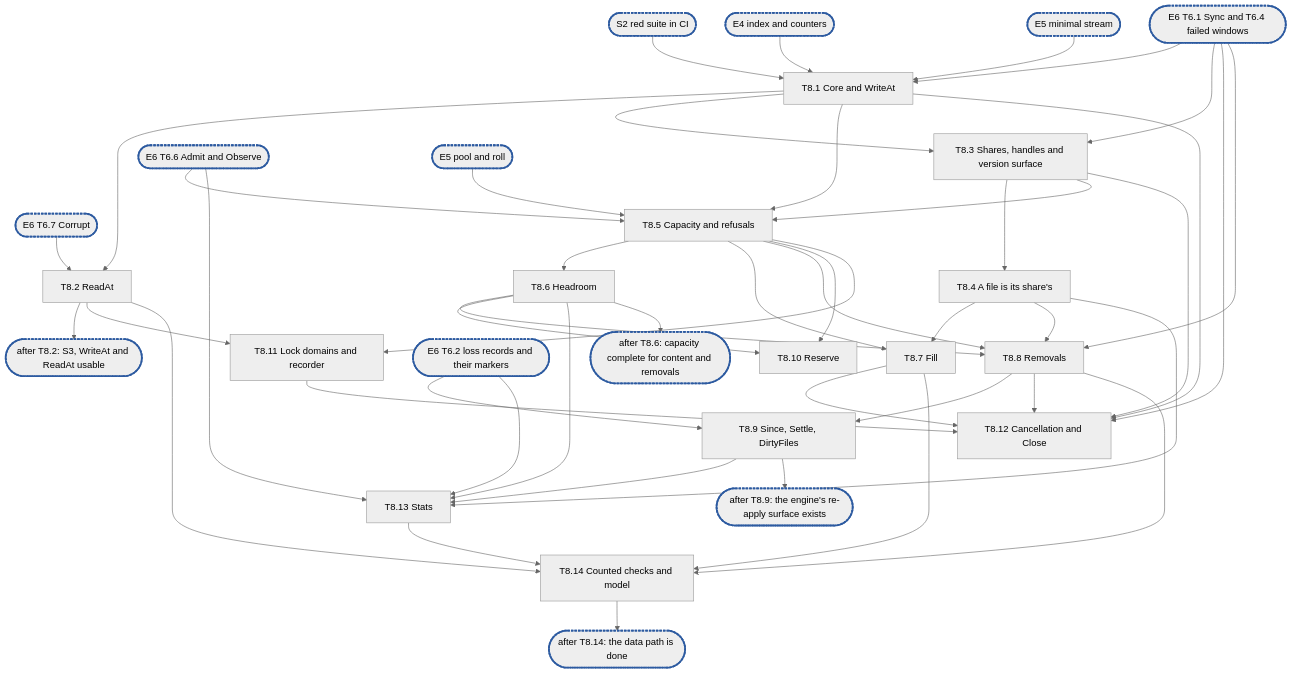
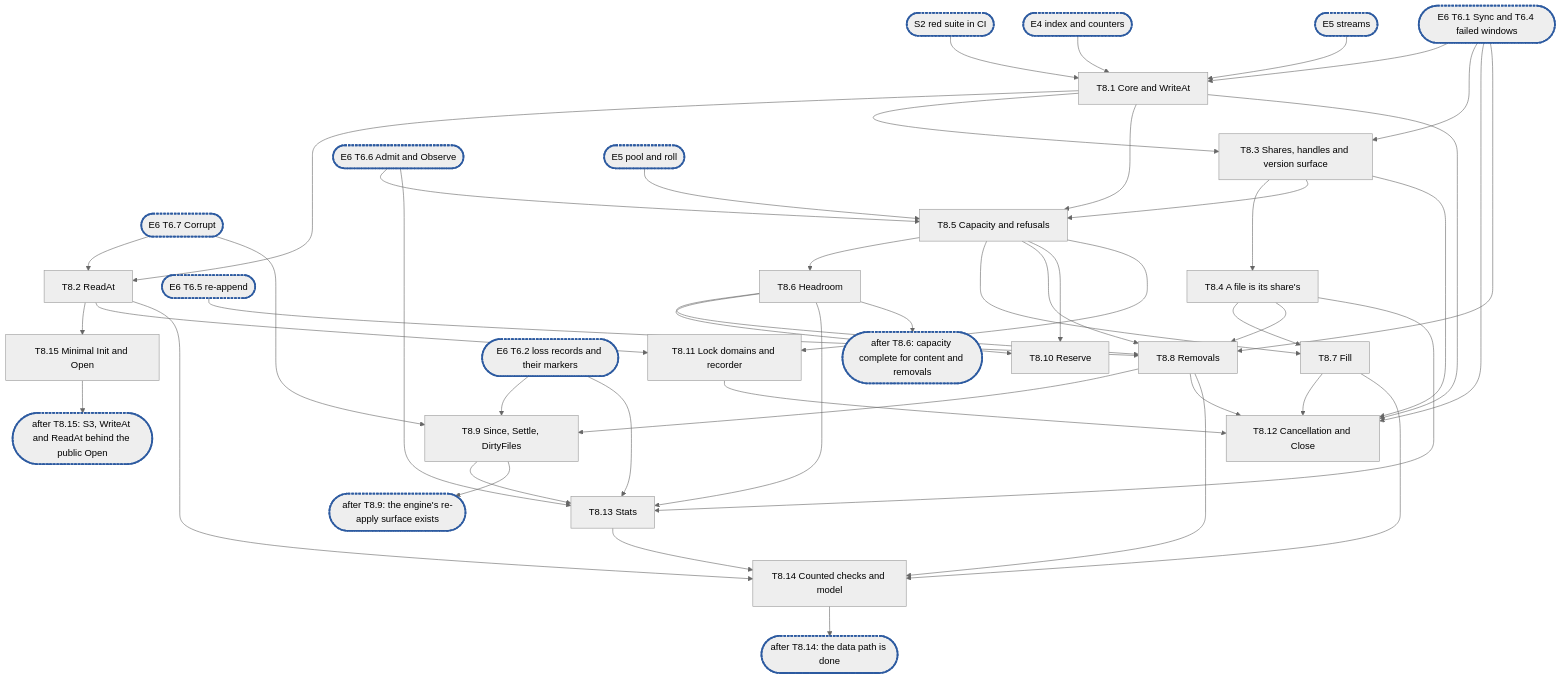
The diagram in docs/internals/planning/rfc-1-journal-epic8.md (marmos91/dittofs), drawn with Mermaid (neutral theme) before and after one commit. The commit also changed other lines of this file and 4 other files, not shown here.

````diff
--- a/docs/internals/planning/rfc-1-journal-epic8.md
+++ b/docs/internals/planning/rfc-1-journal-epic8.md
@@ -1132,49 +1207,52 @@
 ```mermaid
 flowchart TD
   S2(["S2 red suite in CI"]):::sync --> T1["T8.1 Core and WriteAt"]
   E4(["E4 index and counters"]):::sync --> T1
-  E5s(["E5 minimal stream"]):::sync --> T1
+  E5s(["E5 streams"]):::sync --> T1
   E6a(["E6 T6.1 Sync and T6.4 failed windows"]):::sync --> T1
   E6c(["E6 T6.7 Corrupt"]):::sync --> T2
+  E6c --> T9
+  E6x(["E6 T6.5 re-append"]):::sync --> T8
   E6a --> T3
   E6a --> T12
   E6r(["E6 T6.6 Admit and Observe"]):::sync --> T5
   E6r --> T13
   T1 --> T2["T8.2 ReadAt"]
   T1 --> T3["T8.3 Shares, handles and version surface"]
-  T2 --> C1(["after T8.2: S3, WriteAt and ReadAt usable"]):::sync
+  T2 --> T15["T8.15 Minimal Init and Open"]
+  T15 --> C1(["after T8.15: S3, WriteAt and ReadAt behind the public Open"]):::sync
   T3 --> T4["T8.4 A file is its share's"]
   T1 --> T5["T8.5 Capacity and refusals"]
   T3 --> T5
   E5p(["E5 pool and roll"]):::sync --> T5
   T5 --> T6["T8.6 Headroom"]
   T5 --> T7["T8.7 Fill"]
   T4 --> T7
   T4 --> T8["T8.8 Removals"]
   T5 --> T8
   T6 --> T8
   E6a --> T8
   T5 --> T10["T8.10 Reserve"]
   T6 --> T10
   T8 --> T9["T8.9 Since, Settle, DirtyFiles"]
   E6l(["E6 T6.2 loss records and their markers"]):::sync --> T9
   E6l --> T13
   T2 --> T11["T8.11 Lock domains and recorder"]
   T5 --> T11
   T1 --> T12["T8.12 Cancellation and Close"]
   T3 --> T12
   T7 --> T12
   T8 --> T12
   T11 --> T12
   T4 --> T13["T8.13 Stats"]
   T6 --> T13
   T9 --> T13
   T2 --> T14["T8.14 Counted checks and model"]
   T7 --> T14
   T8 --> T14
   T13 --> T14
   T6 --> C2(["after T8.6: capacity complete for content and removals"]):::sync
   T9 --> C3(["after T8.9: the engine's re-apply surface exists"]):::sync
   T14 --> C4(["after T8.14: the data path is done"]):::sync
   classDef sync stroke:#2c5aa0,stroke-width:3px,stroke-dasharray:4 2
 ```
````
